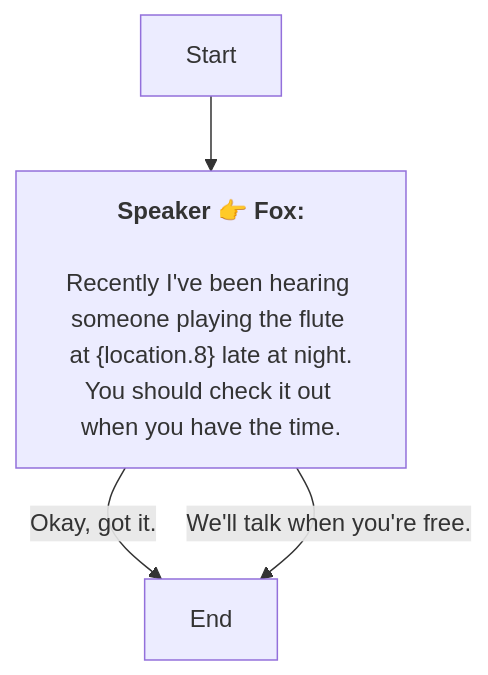
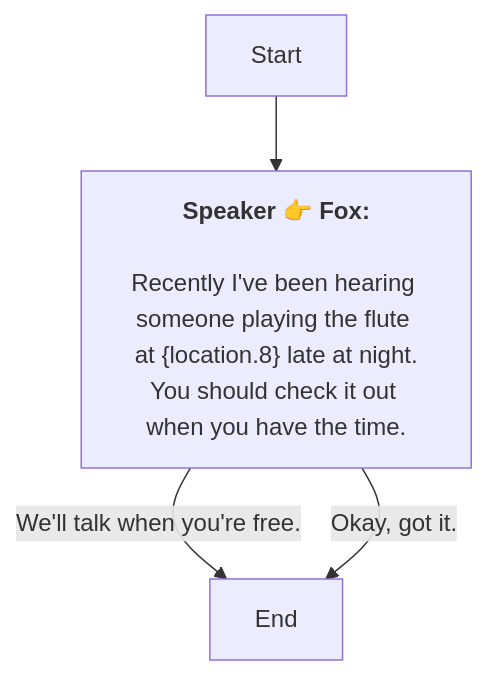
The diagram in En/QuestStartTalkENode_1752682175385345.md (SoftHu/tos_avg), drawn with Mermaid before and after one commit. The commit also changed other lines of this file and 780 other files, not shown here.

````diff
--- a/En/QuestStartTalkENode_1752682175385345.md
+++ b/En/QuestStartTalkENode_1752682175385345.md
@@ -1,9 +1,9 @@
 ```mermaid
 graph
 Start -->1752682875416325[<b>Speaker 👉 Fox:</b>
 \nRecently I've been hearing someone playing the flute at &lbrace;location.8&rbrace; late at night.
 You should check it out when you have the time.]
+1752682875416325 -->|We'll talk when you're free.|1752683556918027[End]
 1752682875416325 -->|Okay, got it.|1752683556918027[End]
-1752682875416325 -->|We'll talk when you're free.|1752683556918027[End]
 
 ```
````
